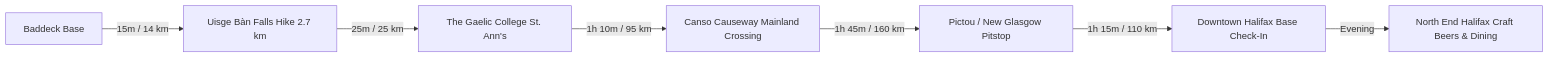
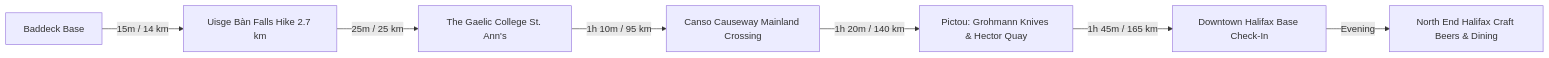
One commit to iammzz/novascotia-2026 changed the diagram in docs/day4_baddeck_to_halifax_heritage.md. Above: the diagram before and after it, drawn with Mermaid. The commit also changed other lines of this file and 9 other files, not shown here.

Commit message:
Add Pictou, Grohmann Knives Factory, and Hector Quay to Day 4 itinerary and documentation

````diff
--- a/docs/day4_baddeck_to_halifax_heritage.md
+++ b/docs/day4_baddeck_to_halifax_heritage.md
@@ -14,9 +14,9 @@
 ```mermaid
 graph LR
     A[Baddeck Base] -->|15m / 14 km| B[Uisge Bàn Falls Hike 2.7 km]
     B -->|25m / 25 km| C[The Gaelic College St. Ann's]
     C -->|1h 10m / 95 km| D[Canso Causeway Mainland Crossing]
-    D -->|1h 45m / 160 km| E[Pictou / New Glasgow Pitstop]
-    E -->|1h 15m / 110 km| F[Downtown Halifax Base Check-In]
+    D -->|1h 20m / 140 km| E[Pictou: Grohmann Knives & Hector Quay]
+    E -->|1h 45m / 165 km| F[Downtown Halifax Base Check-In]
     F -->|Evening| G[North End Halifax Craft Beers & Dining]
 ```
````
